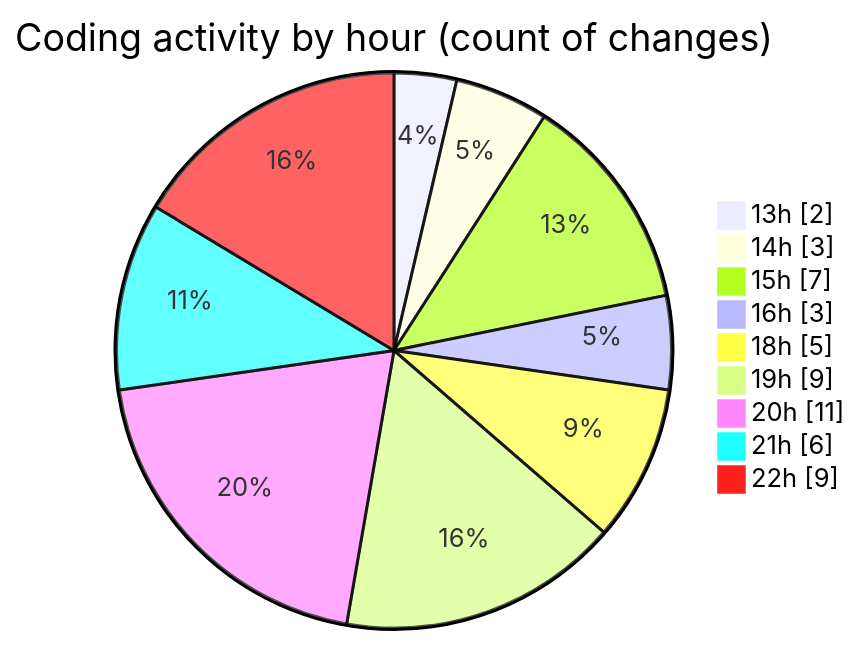
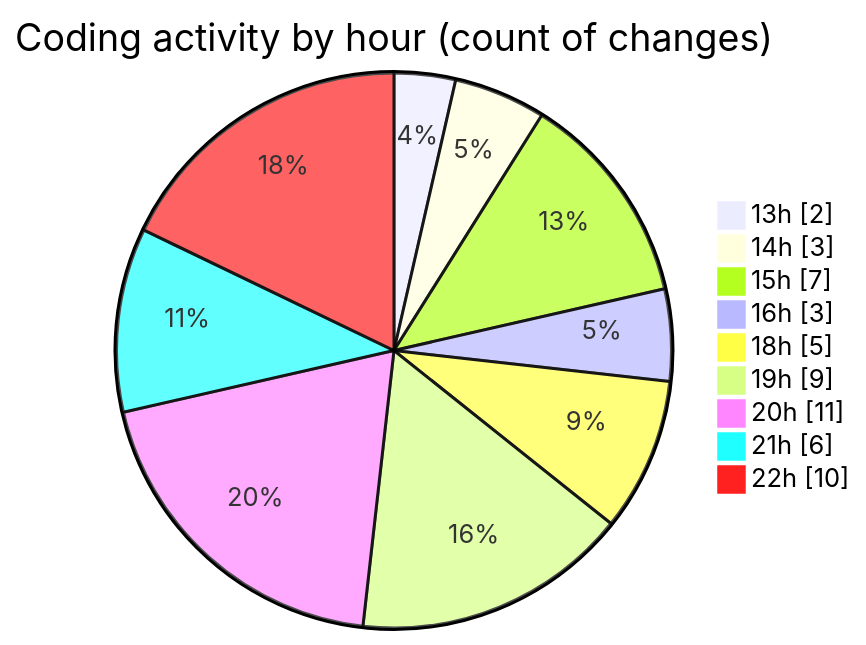
Before and after one commit to julien-gomy/code-tracking: the second of 2 diagrams in 2025-11-14/cdp_aleoudev_fr__workspace_/README.md, drawn with Mermaid. The commit also changed other lines of this file and 1 other file, not shown here.

````diff
--- a/2025-11-14/cdp_aleoudev_fr__workspace_/README.md
+++ b/2025-11-14/cdp_aleoudev_fr__workspace_/README.md
@@ -44,13 +44,13 @@
 ```mermaid
 pie showData
 title Coding activity by hour (count of changes)
 "13h" : 2
 "14h" : 3
 "15h" : 7
 "16h" : 3
 "18h" : 5
 "19h" : 9
 "20h" : 11
 "21h" : 6
-"22h" : 9
+"22h" : 10
 ```
````
